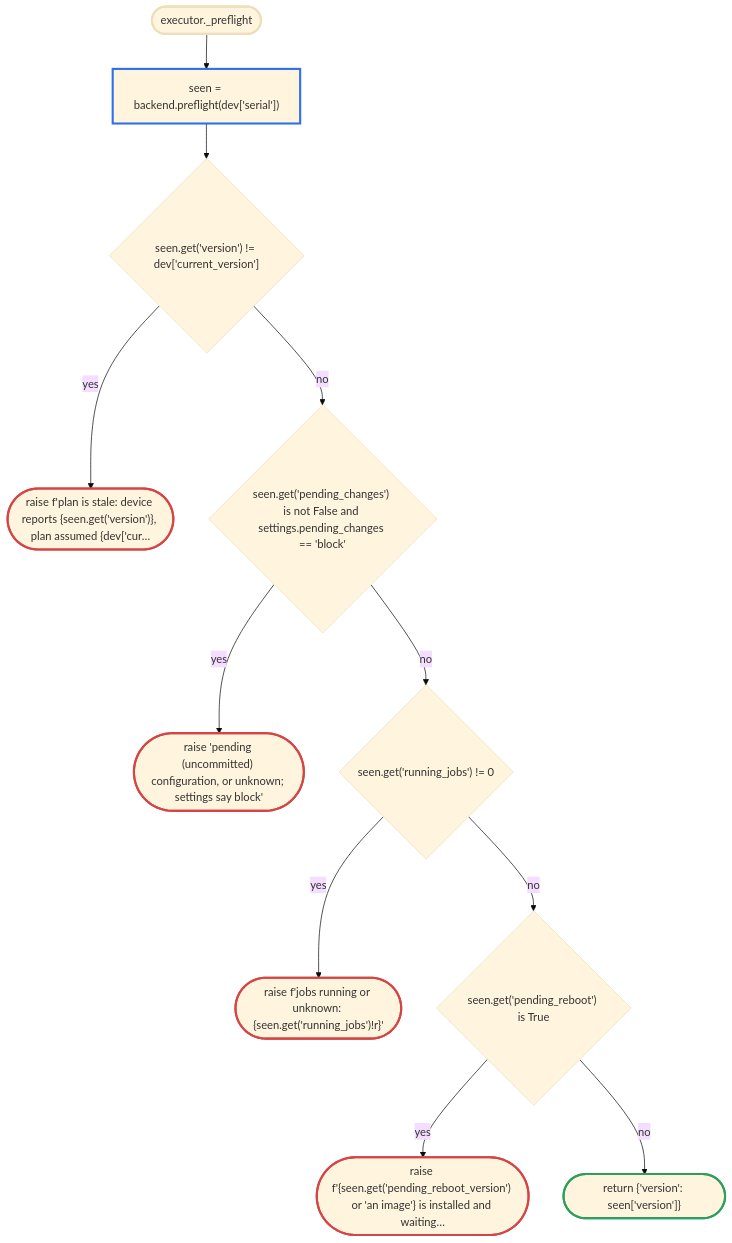
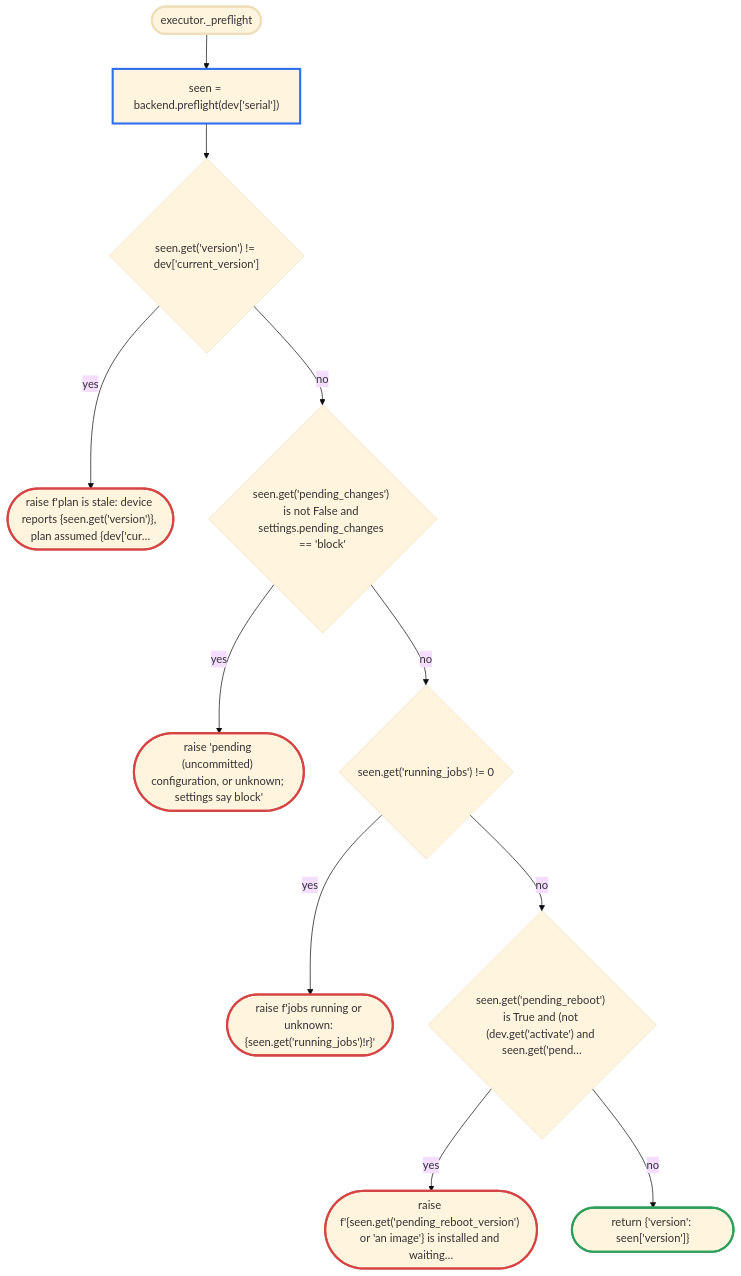
One commit to fettigcj/panUpgrade changed the fourth of 21 diagrams in docs/flow/upgrade.md. Above: the diagram before and after it, drawn with Mermaid (base theme). The commit also changed other lines of this file and 7 other files, not shown here.

````diff
--- a/docs/flow/upgrade.md
+++ b/docs/flow/upgrade.md
@@ -183,36 +194,36 @@
 ```mermaid
 flowchart TD
     p1(["executor._preflight"])
     p2["seen = backend.preflight(dev['serial'])"]
     p3{"seen.get('version') != dev['current_version']"}
     p4(["raise f'plan is stale: device reports {seen.get('version')}, plan assumed {dev['cur…"])
     p5{"seen.get('pending_changes') is not False and settings.pending_changes == 'block'"}
     p6(["raise 'pending (uncommitted) configuration, or unknown; settings say block'"])
     p7{"seen.get('running_jobs') != 0"}
     p8(["raise f'jobs running or unknown: {seen.get('running_jobs')!r}'"])
-    p9{"seen.get('pending_reboot') is True"}
+    p9{"seen.get('pending_reboot') is True and (not (dev.get('activate') and seen.get('pend…"}
     p10(["raise f'{seen.get('pending_reboot_version') or 'an image'} is installed and waiting…"])
     p11(["return {'version': seen['version']}"])
     p1 --> p2
     p2 --> p3
     p3 -->|yes| p4
     p3 -->|no| p5
     p5 -->|yes| p6
     p5 -->|no| p7
     p7 -->|yes| p8
     p7 -->|no| p9
     p9 -->|yes| p10
     p9 -->|no| p11
     classDef api stroke:#2f6fed,stroke-width:3px
     classDef refuse stroke:#d64545,stroke-width:3px
     classDef done stroke:#2e9e5b,stroke-width:3px
     classDef step stroke:#e0a020,stroke-width:3px
     classDef entry stroke-width:3px
     class p1 entry
     class p2 api
     class p4 refuse
     class p6 refuse
     class p8 refuse
     class p10 refuse
     class p11 done
 ```
````
